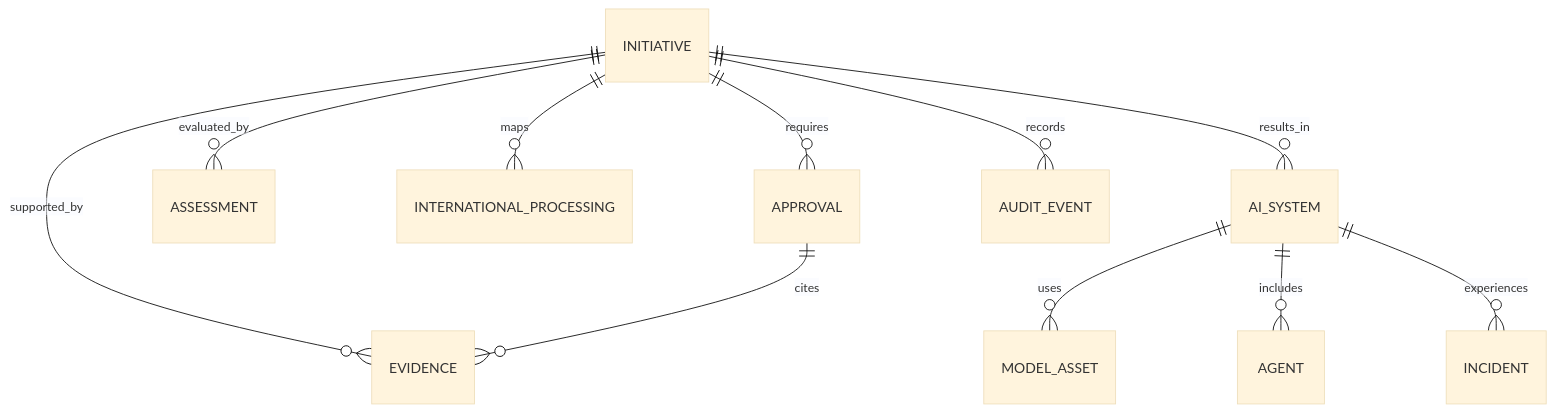
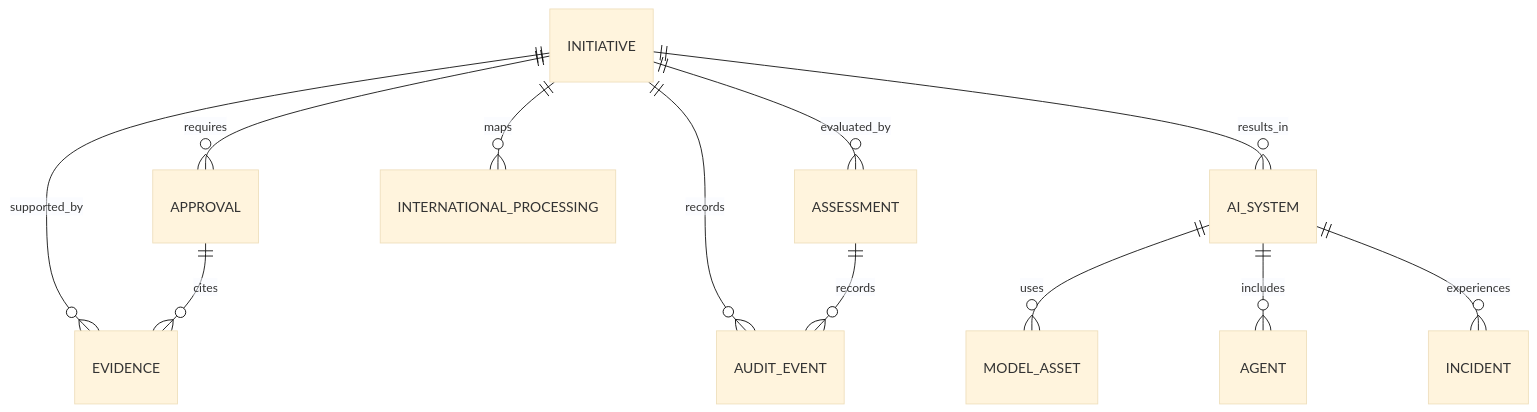
Before and after one commit to brunovicco/verifiable-ai-governance: the third of 3 diagrams in docs/architecture/ARCHITECTURE.md, drawn with Mermaid (base theme). The commit also changed other lines of this file and 24 other files, not shown here.

````diff
--- a/docs/architecture/ARCHITECTURE.md
+++ b/docs/architecture/ARCHITECTURE.md
@@ -71,13 +98,14 @@
 ```mermaid
 erDiagram
   INITIATIVE ||--o{ APPROVAL : requires
   INITIATIVE ||--o{ ASSESSMENT : evaluated_by
   INITIATIVE ||--o{ EVIDENCE : supported_by
   INITIATIVE ||--o{ INTERNATIONAL_PROCESSING : maps
   INITIATIVE ||--o{ AI_SYSTEM : results_in
   AI_SYSTEM ||--o{ MODEL_ASSET : uses
   AI_SYSTEM ||--o{ AGENT : includes
   AI_SYSTEM ||--o{ INCIDENT : experiences
   APPROVAL ||--o{ EVIDENCE : cites
   INITIATIVE ||--o{ AUDIT_EVENT : records
+  ASSESSMENT ||--o{ AUDIT_EVENT : records
 ```
````
